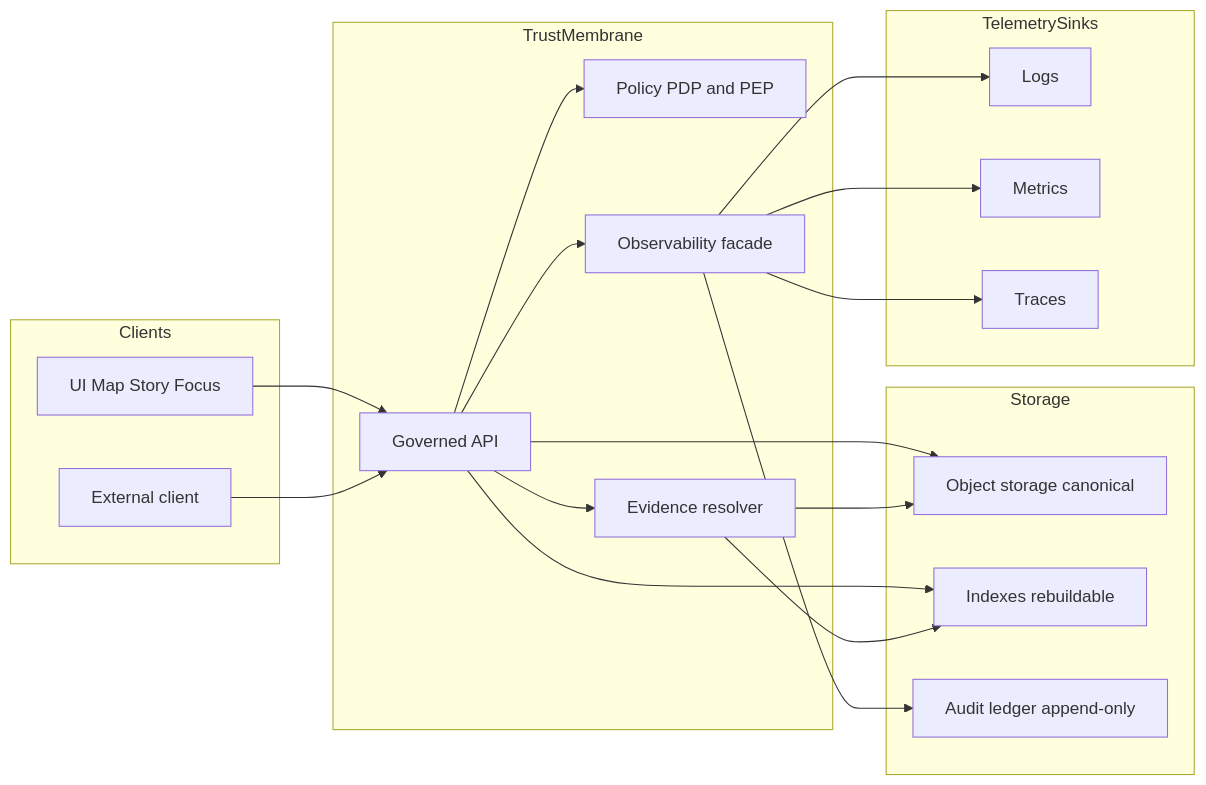
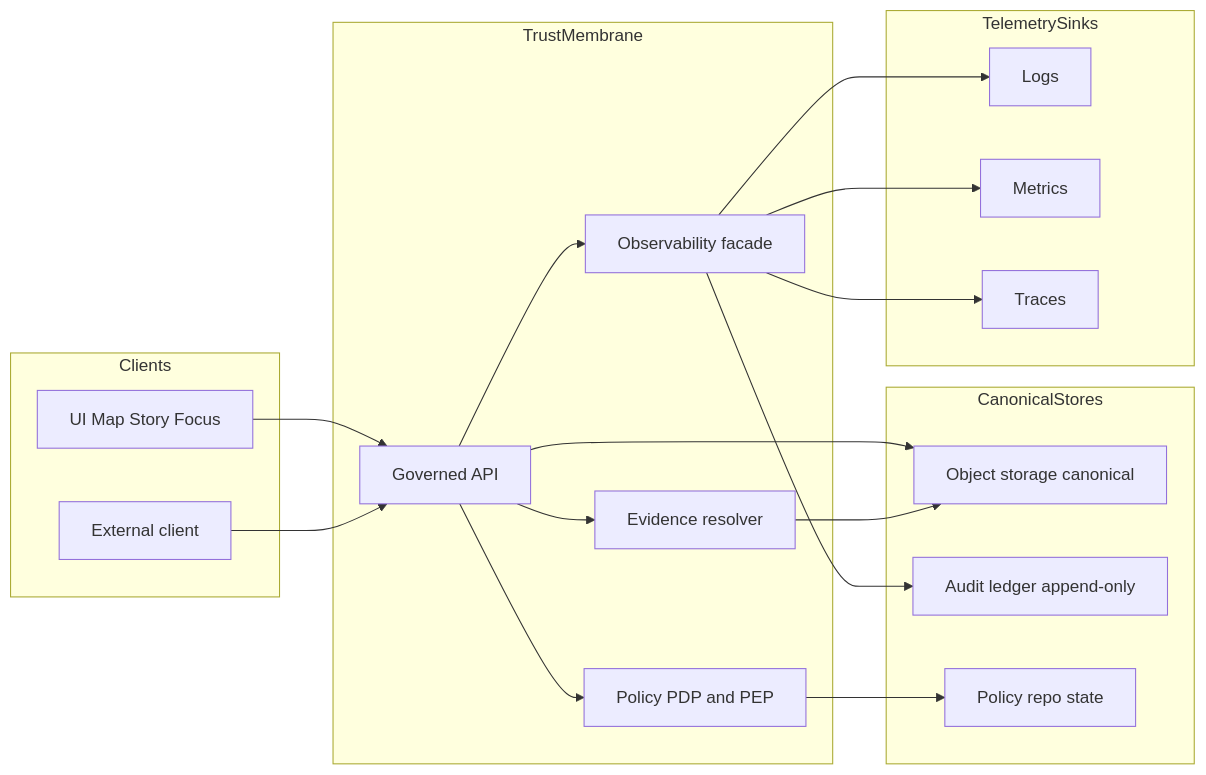
One commit to bartytime4life/Kansas-Frontier-Matrix changed the diagram in packages/observability/README.md. Above: the diagram before and after it, drawn with Mermaid. The commit also changed other lines of this file, not shown here.

````diff
--- a/packages/observability/README.md
+++ b/packages/observability/README.md
@@ -404,42 +598,42 @@
 ```mermaid
 flowchart LR
   subgraph Clients
     UI[UI Map Story Focus]
     EXT[External client]
   end
 
   subgraph TrustMembrane
     API[Governed API]
-    POL[Policy PDP and PEP]
+    PDP[Policy PDP and PEP]
     EVD[Evidence resolver]
     OBS[Observability facade]
   end
 
-  subgraph Storage
+  subgraph CanonicalStores
     OBJ[Object storage canonical]
-    IDX[Indexes rebuildable]
     LEDGER[Audit ledger append-only]
+    POLICY[Policy repo state]
   end
 
   subgraph TelemetrySinks
     LOGS[Logs]
     METRICS[Metrics]
     TRACES[Traces]
   end
 
   UI --> API
   EXT --> API
-  API --> POL
+
+  API --> PDP
   API --> EVD
   API --> OBS
 
   OBS --> LOGS
   OBS --> METRICS
   OBS --> TRACES
   OBS --> LEDGER
 
   API --> OBJ
-  API --> IDX
   EVD --> OBJ
-  EVD --> IDX
+  PDP --> POLICY
 ```
````
